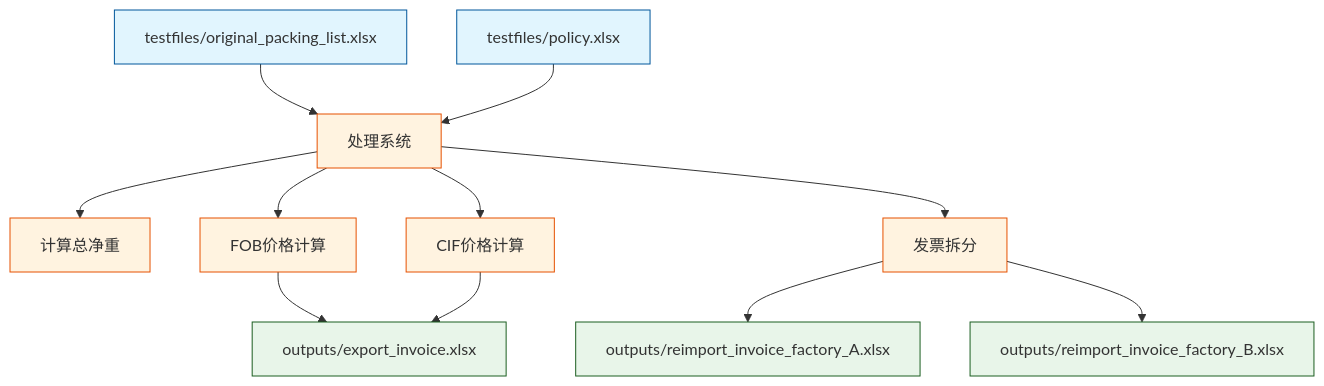
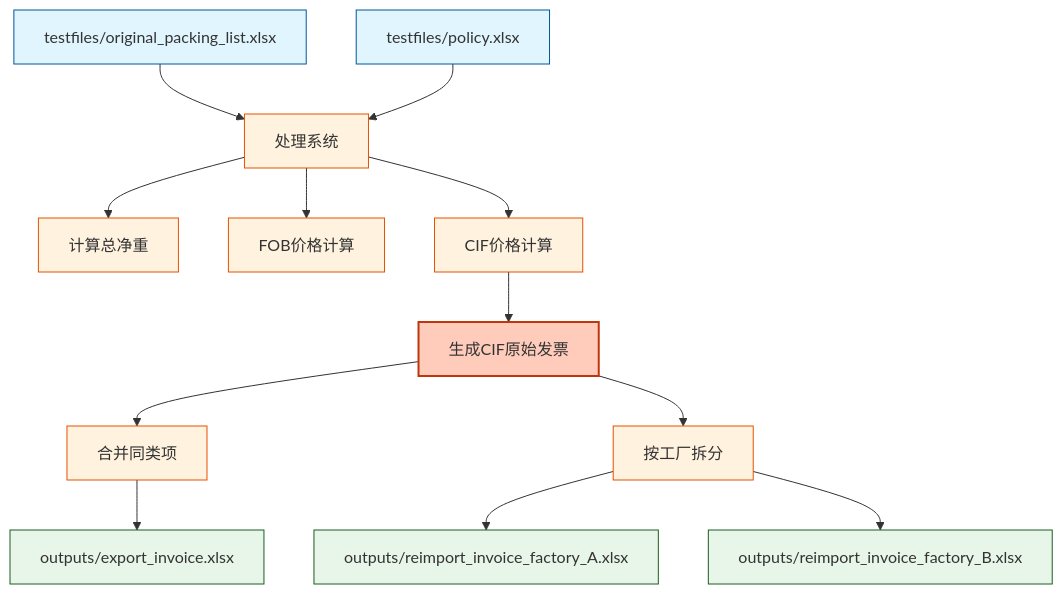
Before and after one commit to anlaganlag/export_reimport: the seventh of 7 diagrams in WORKFLOW-CN.md, drawn with Mermaid. The commit also changed other lines of this file and 8 other files, not shown here.

Commit message:
cif_output

````diff
--- a/WORKFLOW-CN.md
+++ b/WORKFLOW-CN.md
@@ -205,27 +215,33 @@
 ```mermaid
 graph TD
     %% 输入文件
     PL[testfiles/original_packing_list.xlsx] --> Process[处理系统]
     PF[testfiles/policy.xlsx] --> Process
     
     %% 处理步骤
     Process --> CalcNW[计算总净重]
     Process --> FOB[FOB价格计算]
     Process --> CIF[CIF价格计算]
-    Process --> Split[发票拆分]
     
-    %% 输出文件
-    FOB --> Export[outputs/export_invoice.xlsx]
-    CIF --> Export
+    %% 生成CIF原始发票
+    CIF --> CIFORG[生成CIF原始发票]
+    
+    %% 处理CIF原始发票
+    CIFORG --> MERGE[合并同类项]
+    MERGE --> Export[outputs/export_invoice.xlsx]
+    
+    CIFORG --> Split[按工厂拆分]
     Split --> Reimport1[outputs/reimport_invoice_factory_A.xlsx]
     Split --> Reimport2[outputs/reimport_invoice_factory_B.xlsx]
     
     %% 样式
     classDef input fill:#e1f5fe,stroke:#01579b
     classDef process fill:#fff3e0,stroke:#e65100
     classDef output fill:#e8f5e9,stroke:#1b5e20
+    classDef highlight fill:#ffccbc,stroke:#bf360c,stroke-width:2px
     
     class PL,PF input
-    class Process,CalcNW,FOB,CIF,Split process
-    class Export,Reimport1,Reimport2,ReimportN output
+    class Process,CalcNW,FOB,CIF,MERGE,Split process
+    class CIFORG highlight
+    class Export,Reimport1,Reimport2 output
 ```
````
